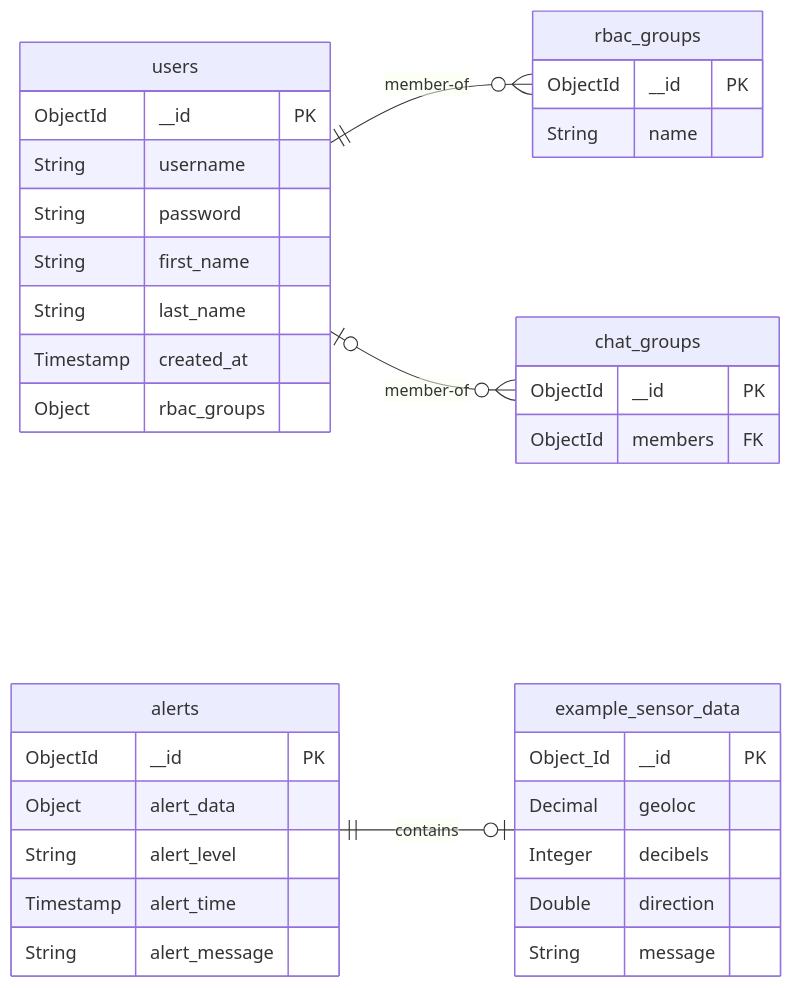
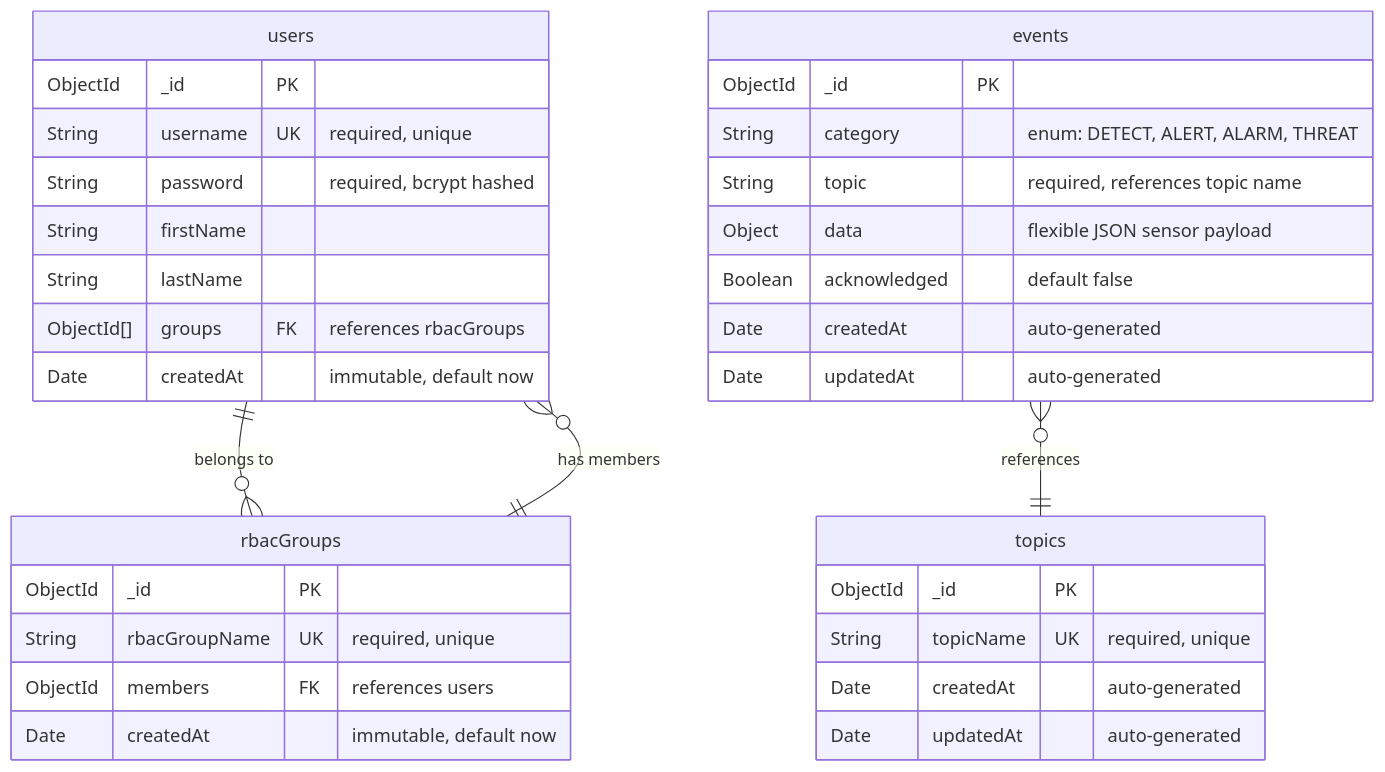
The diagram in docs/BACKEND.md (Black-Relay/web-app), drawn with Mermaid before and after one commit. The commit also changed other lines of this file and 1 other file, not shown here.

Commit message:
README and ERD update

````diff
--- a/docs/BACKEND.md
+++ b/docs/BACKEND.md
@@ -15,38 +13,40 @@
 ```mermaid
 erDiagram
-direction LR
-users{
-  ObjectId __id PK
-  String username
-  String password
-  String first_name
-  String last_name
-  Timestamp created_at
-  Object rbac_groups
-}
-chat_groups{
-  ObjectId __id PK
-  ObjectId members FK
-}
-rbac_groups{
-  ObjectId __id PK
-  String name
-}
-alerts{
-  ObjectId __id PK
-  Object alert_data
-  String alert_level
-  Timestamp alert_time
-  String alert_message
-}
-example_sensor_data{
-  Object_Id __id PK
-  Decimal geoloc
-  Integer decibels
-  Double direction
-  String message
-}
-users ||--o{ rbac_groups : member-of
-users |o--o{ chat_groups : member-of
-alerts ||--o| example_sensor_data : contains
+    users ||--o{ rbacGroups : "belongs to"
+    rbacGroups ||--o{ users : "has members"
+    events }o--|| topics : "references"
+
+    users {
+        ObjectId _id PK
+        String username UK "required, unique"
+        String password "required, bcrypt hashed"
+        String firstName
+        String lastName
+        ObjectId[] groups FK "references rbacGroups"
+        Date createdAt "immutable, default now"
+    }
+
+    rbacGroups {
+        ObjectId _id PK
+        String rbacGroupName UK "required, unique"
+        ObjectId members FK "references users"
+        Date createdAt "immutable, default now"
+    }
+
+    events {
+        ObjectId _id PK
+        String category "enum: DETECT, ALERT, ALARM, THREAT"
+        String topic "required, references topic name"
+        Object data "flexible JSON sensor payload"
+        Boolean acknowledged "default false"
+        Date createdAt "auto-generated"
+        Date updatedAt "auto-generated"
+    }
+
+    topics {
+        ObjectId _id PK
+        String topicName UK "required, unique"
+        Date createdAt "auto-generated"
+        Date updatedAt "auto-generated"
+    }
 ```
````
